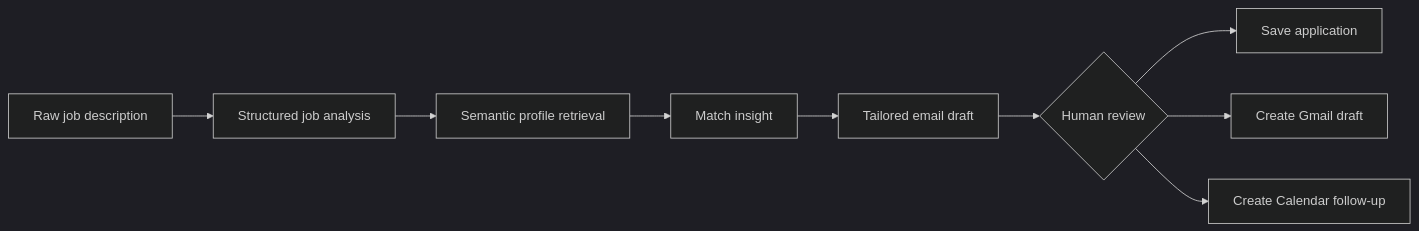
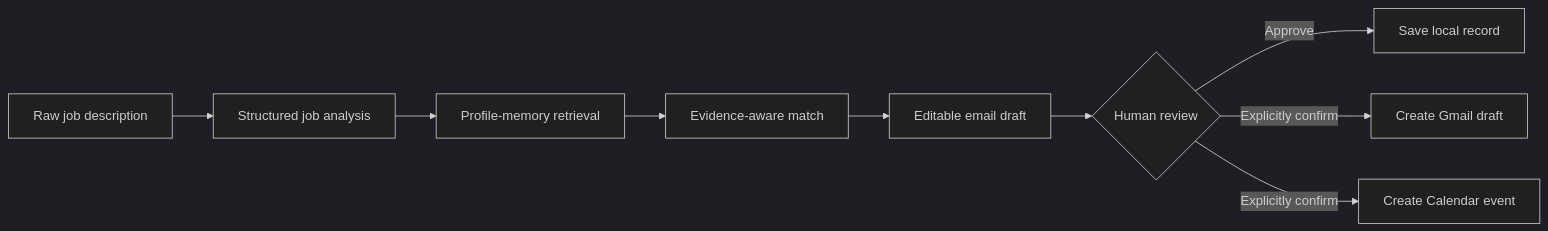
Before and after one commit to EL-K-Code/Job-Copilot: the diagram in README.md, drawn with Mermaid (dark theme). The commit also changed other lines of this file and 29 other files, not shown here.

````diff
--- a/README.md
+++ b/README.md
@@ -54,11 +56,11 @@
 ```mermaid
 flowchart LR
     A[Raw job description] --> B[Structured job analysis]
-    B --> C[Semantic profile retrieval]
-    C --> D[Match insight]
-    D --> E[Tailored email draft]
+    B --> C[Profile-memory retrieval]
+    C --> D[Evidence-aware match]
+    D --> E[Editable email draft]
     E --> F{Human review}
-    F --> G[Save application]
-    F --> H[Create Gmail draft]
-    F --> I[Create Calendar follow-up]
+    F -->|Approve| G[Save local record]
+    F -->|Explicitly confirm| H[Create Gmail draft]
+    F -->|Explicitly confirm| I[Create Calendar event]
 ```
````
